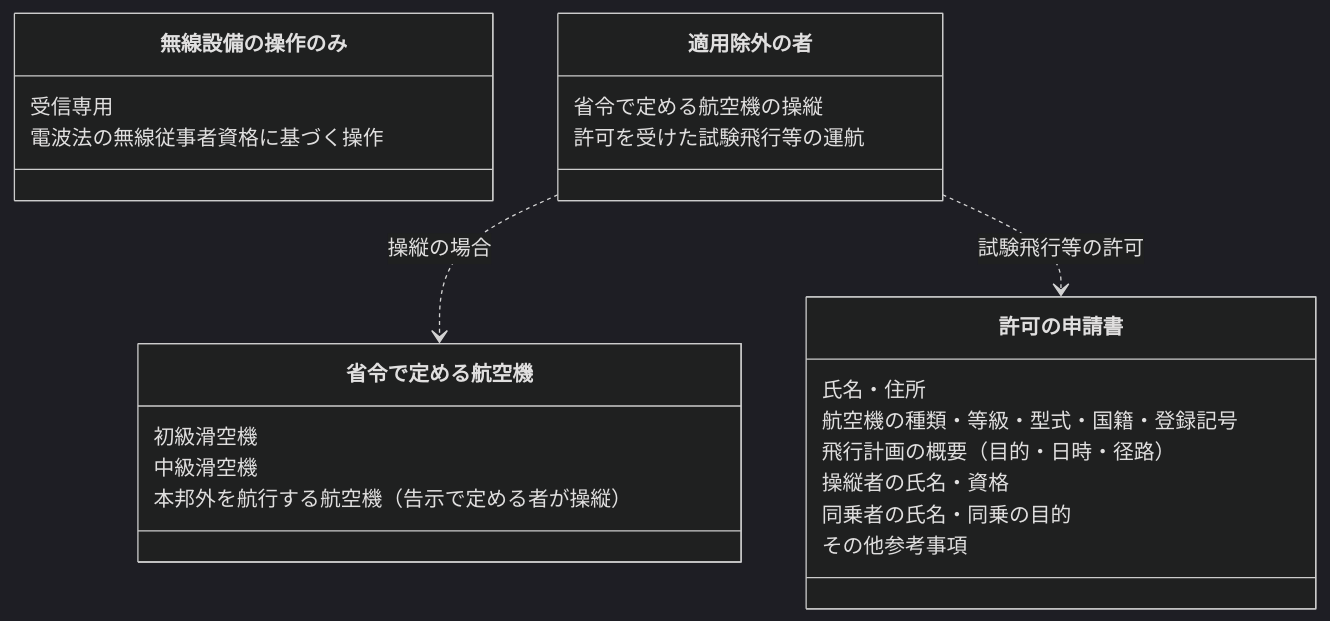
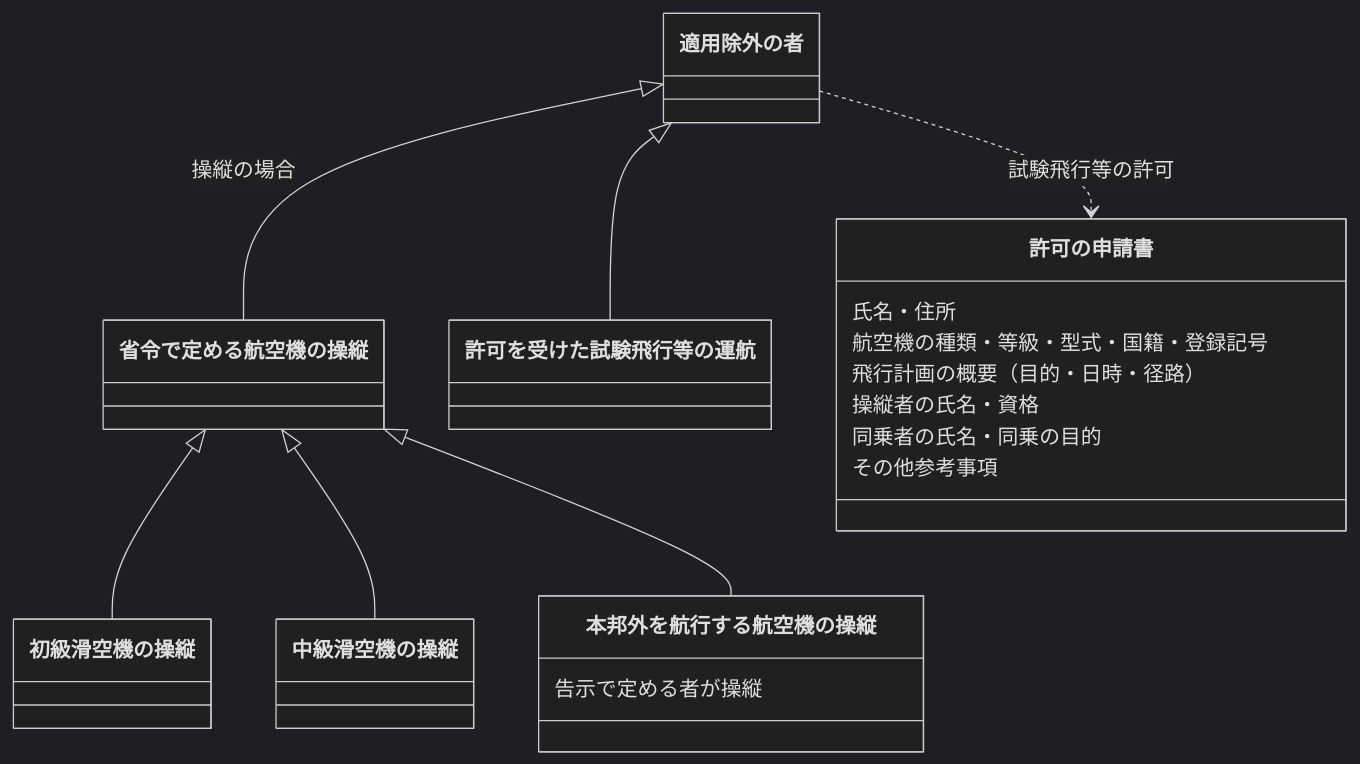
The fourth of 4 diagrams in chapters/04_第四章.md (yonemotoBB/pil), drawn with Mermaid (dark theme) before and after one commit. The commit also changed other lines of this file, not shown here.

Commit message:
Fix orphan nodes in Article 28 exemption class diagram
Align node names so the class bodies connect to the inheritance tree:
rename the aircraft body node to match its "...の操縦" tree node and
drop the redundant duplicate dependency edge.

````diff
--- a/chapters/04_第四章.md
+++ b/chapters/04_第四章.md
@@ -152,26 +170,24 @@
 ```mermaid
 classDiagram
-    class 無線設備の操作のみ {
-        受信専用
-        電波法の無線従事者資格に基づく操作
+    適用除外の者 <|-- 省令で定める航空機の操縦 : 操縦の場合
+    適用除外の者 <|-- 許可を受けた試験飛行等の運航
+    
+    省令で定める航空機の操縦 <|-- 初級滑空機の操縦
+    省令で定める航空機の操縦 <|-- 中級滑空機の操縦
+    省令で定める航空機の操縦 <|-- 本邦外を航行する航空機の操縦
+
+    適用除外の者 ..> 許可の申請書 : 試験飛行等の許可
+
+    class 本邦外を航行する航空機の操縦{
+        告示で定める者が操縦
     }
-    class 適用除外の者 {
-        省令で定める航空機の操縦
-        許可を受けた試験飛行等の運航
-    }
-    class 省令で定める航空機 {
-        初級滑空機
-        中級滑空機
-        本邦外を航行する航空機（告示で定める者が操縦）
-    }
+
     class 許可の申請書 {
         氏名・住所
         航空機の種類・等級・型式・国籍・登録記号
         飛行計画の概要（目的・日時・径路）
         操縦者の氏名・資格
         同乗者の氏名・同乗の目的
         その他参考事項
     }
-    適用除外の者 ..> 省令で定める航空機 : 操縦の場合
-    適用除外の者 ..> 許可の申請書 : 試験飛行等の許可
 ```
````
